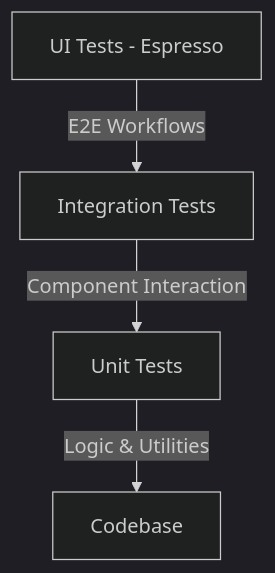
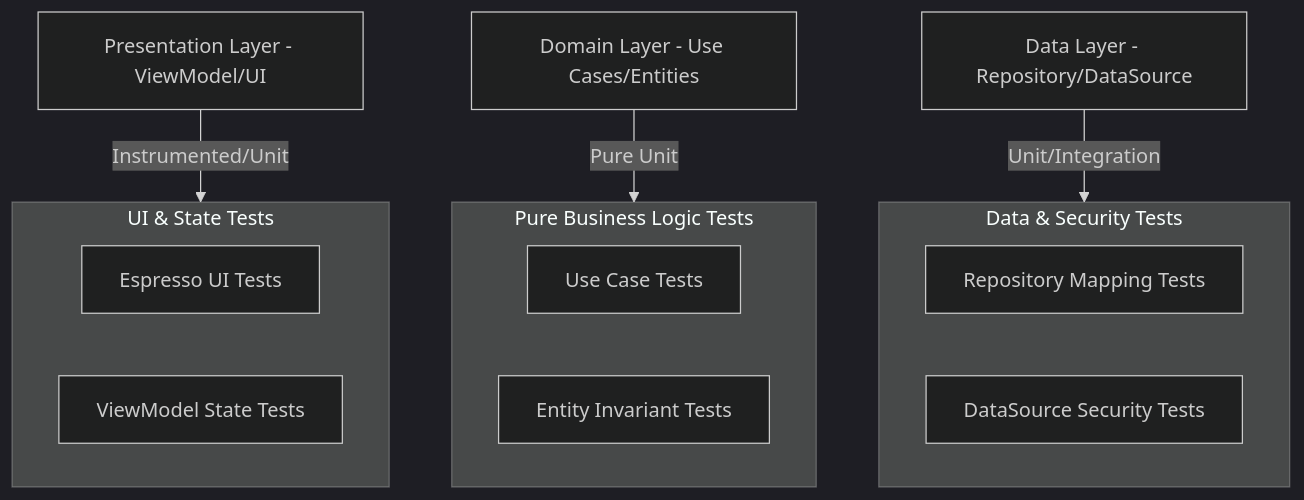
The diagram in docs/TESTING_GUIDE.md (photom/SheepPlayer), drawn with Mermaid (dark theme) before and after one commit. The commit also changed other lines of this file and 6 other files, not shown here.

````diff
--- a/docs/TESTING_GUIDE.md
+++ b/docs/TESTING_GUIDE.md
@@ -9,6 +9,19 @@
 ```mermaid
 flowchart TD
-    UI[UI Tests - Espresso] -- E2E Workflows --> Integration
-    Integration[Integration Tests] -- Component Interaction --> Unit
-    Unit[Unit Tests] -- Logic & Utilities --> Codebase
+    Presentation[Presentation Layer - ViewModel/UI] -- Instrumented/Unit --> UI
+    Domain[Domain Layer - Use Cases/Entities] -- Pure Unit --> Logic
+    Data[Data Layer - Repository/DataSource] -- Unit/Integration --> Persistence
+
+    subgraph UI ["UI & State Tests"]
+        T1[Espresso UI Tests]
+        T2[ViewModel State Tests]
+    end
+    subgraph Logic ["Pure Business Logic Tests"]
+        T3[Use Case Tests]
+        T4[Entity Invariant Tests]
+    end
+    subgraph Persistence ["Data & Security Tests"]
+        T5[Repository Mapping Tests]
+        T6[DataSource Security Tests]
+    end
 ```
````
